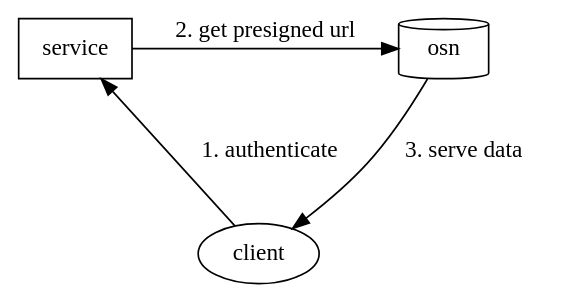
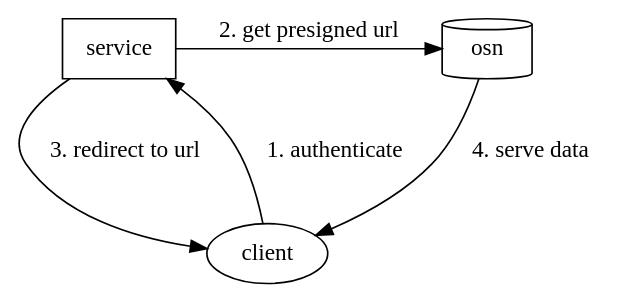
Before and after one commit to sagecontinuum/sage-object-store: the diagram in arch.dot, drawn with Graphviz. The commit also changed 2 other files, not shown here.

Commit message:
update diagram and docs

```diff
--- a/arch.dot
+++ b/arch.dot
@@ -1,13 +1,14 @@
 digraph {
     ranksep=1
 
     osn [label="osn",shape=cylinder]
     svc [label="service",shape=box]
     client [label="client"]
 
+    client -> svc [label="1. authenticate"]
     svc -> osn [label="2. get presigned url"]
-    osn -> client [label="3. serve data"]
-    client -> svc [label="1. authenticate"]
+    svc -> client [label="3. redirect to url"]
+    osn -> client [label="4. serve data"]
 
     {rank=same;osn;svc}
 }
```
